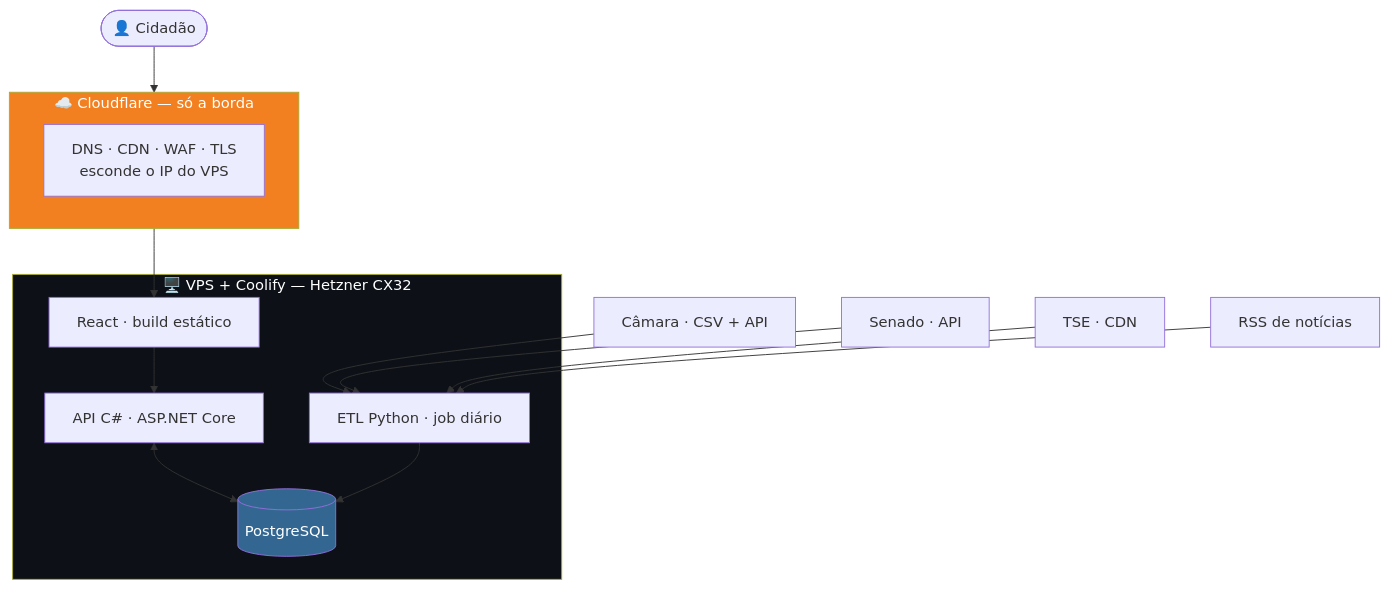
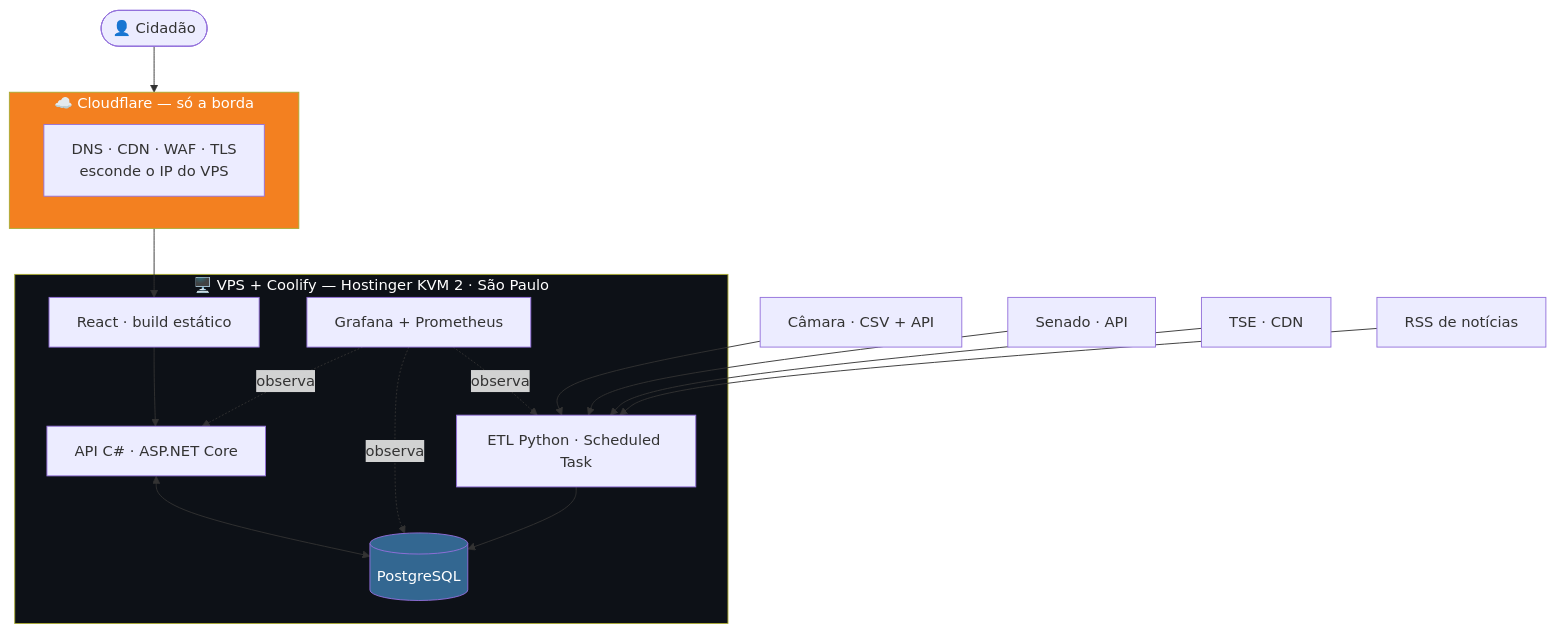
Before and after one commit to IgorLucasAssuncao/poligraph: the first of 2 diagrams in docs/plano/01-arquitetura.md, drawn with Mermaid. The commit also changed other lines of this file and 1 other file, not shown here.

First line of the commit message:
docs: Hostinger KVM 2, stack Grafana e CI/CD reescrito para Coolify

````diff
--- a/docs/plano/01-arquitetura.md
+++ b/docs/plano/01-arquitetura.md
@@ -29,29 +30,31 @@
 ```mermaid
 flowchart TB
     U(["👤 Cidadão"]) --> CF
 
     subgraph CF["☁️ Cloudflare — só a borda"]
         DNS["DNS · CDN · WAF · TLS<br/>esconde o IP do VPS"]
     end
 
-    subgraph VPS["🖥️ VPS + Coolify — Hetzner CX32"]
+    subgraph VPS["🖥️ VPS + Coolify — Hostinger KVM 2 · São Paulo"]
         WEB["React · build estático"]
         API["API C# · ASP.NET Core"]
         PG[("PostgreSQL")]
-        ETL["ETL Python · job diário"]
+        ETL["ETL Python · Scheduled Task"]
+        GRAF["Grafana + Prometheus"]
         WEB --> API
         API <--> PG
         ETL --> PG
+        GRAF -.observa.-> API & PG & ETL
     end
 
     F1["Câmara · CSV + API"] --> ETL
     F2["Senado · API"] --> ETL
     F3["TSE · CDN"] --> ETL
     F4["RSS de notícias"] --> ETL
 
     CF --> WEB
 
     style CF fill:#f38020,color:#fff
     style VPS fill:#0d1117,color:#fff
     style PG fill:#336791,color:#fff
 ```
````
